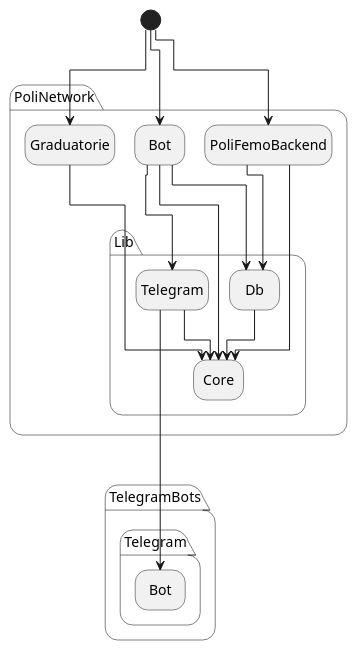
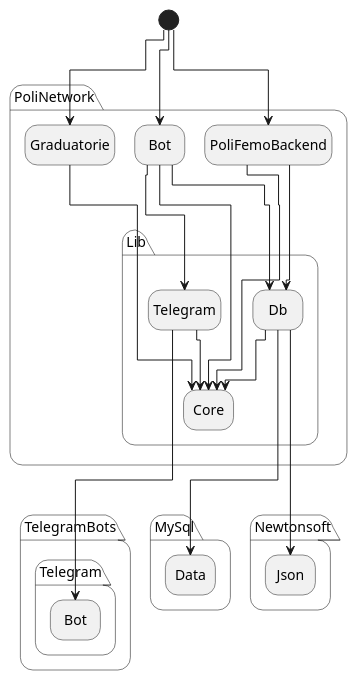
The diagram in docs/dipendenze/schema.plantuml (PoliNetworkOrg/Lib_CSharp), drawn with PlantUML before and after one commit.

```diff
--- a/docs/dipendenze/schema.plantuml
+++ b/docs/dipendenze/schema.plantuml
@@ -1,24 +1,26 @@
 @startuml
 !pragma layout elk
 hide empty description
 
 [*] -down-> PoliNetwork.Graduatorie
 [*] -down-> PoliNetwork.Bot
 [*] -down-> PoliNetwork.PoliFemoBackend 
 
 
 PoliNetwork.Bot --> PoliNetwork.Lib.Db
 PoliNetwork.Bot --> PoliNetwork.Lib.Core
 PoliNetwork.Bot -> PoliNetwork.Lib.Telegram
 PoliNetwork.Graduatorie --> PoliNetwork.Lib.Core
 PoliNetwork.PoliFemoBackend --> PoliNetwork.Lib.Core
 PoliNetwork.PoliFemoBackend ---> PoliNetwork.Lib.Db
 
 PoliNetwork.Lib.Db -> PoliNetwork.Lib.Core
 PoliNetwork.Lib.Telegram -> PoliNetwork.Lib.Core
 
-
+PoliNetwork.Lib.Db --> Newtonsoft.Json
+PoliNetwork.Lib.Db --> MySql.Data
 PoliNetwork.Lib.Telegram --> TelegramBots.Telegram.Bot
 
 
+
 @enduml
```
